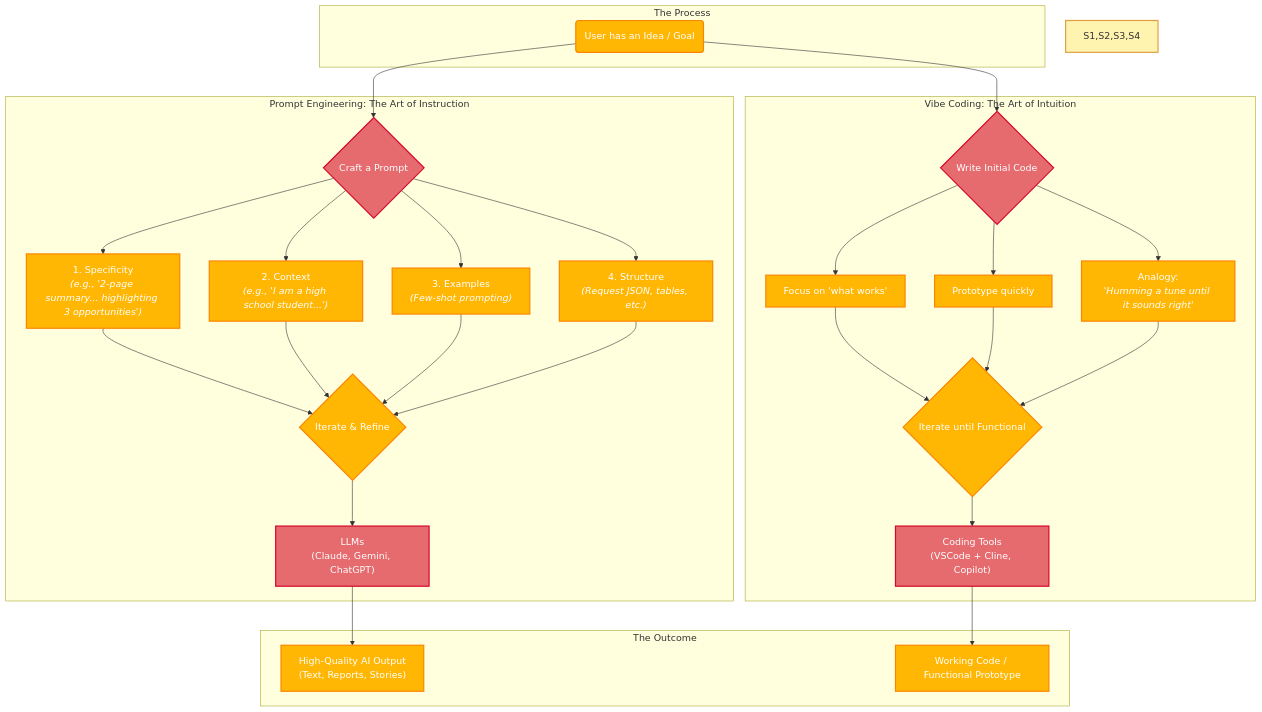
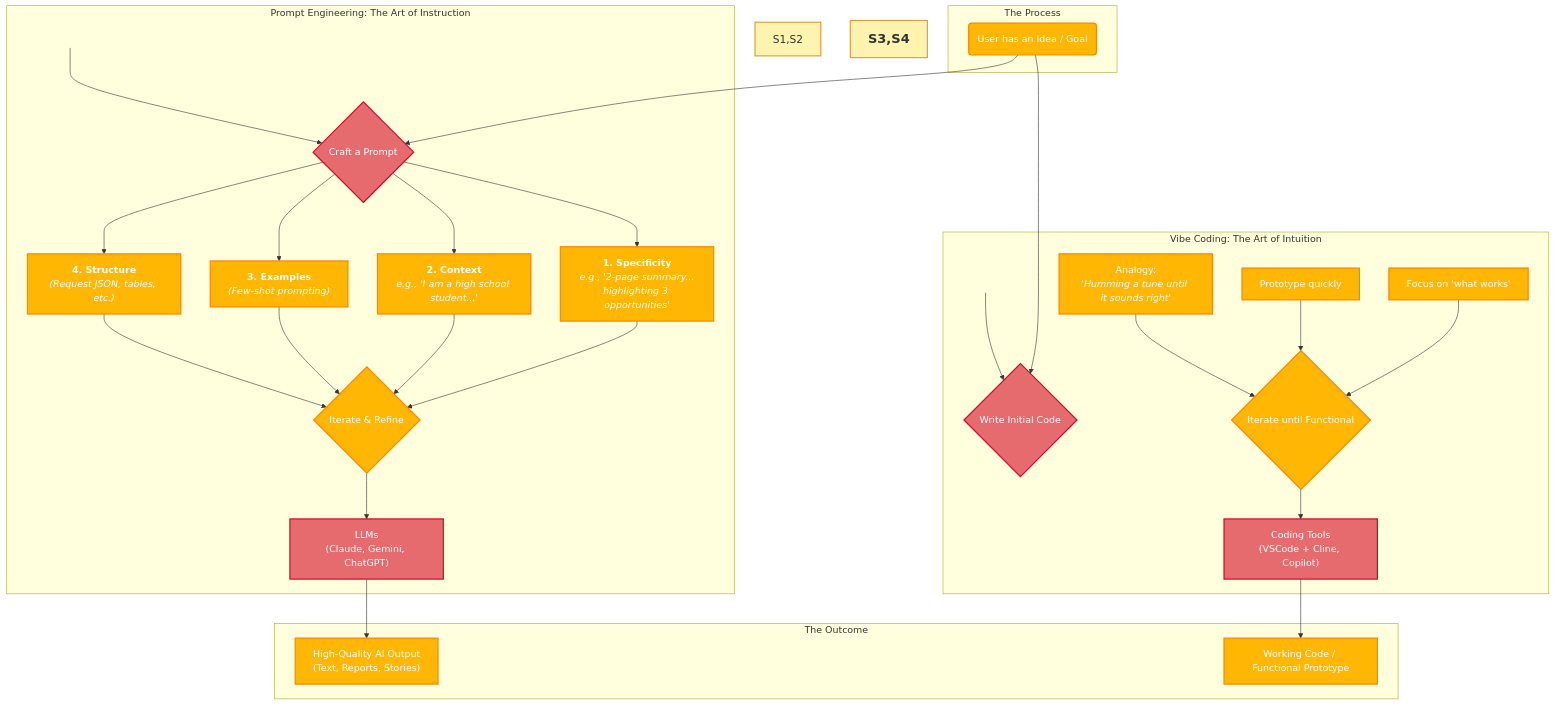
One commit to anvita-kar-git/Anvita-Kar-KEYS-2025 changed the diagram in docs/promptengineering.md. Above: the diagram before and after it, drawn with Mermaid.

````diff
--- a/docs/promptengineering.md
+++ b/docs/promptengineering.md
@@ -28,57 +28,65 @@
 ```mermaid
     graph TD
-    %% --- Style Definitions (Red, Orange, Yellow) ---
+    %% --- Style Definitions ---
+    %% Node Themes
     classDef redTheme fill:#E56B6F,stroke:#D90429,stroke-width:2px,color:#fff
     classDef orangeTheme fill:#FFB703,stroke:#FB8500,stroke-width:2px,color:#fff
-    style S1,S2,S3,S4 fill:#FFF3B0,stroke:#E09F3E,stroke-width:2px
+    
+    %% Invisible Spacer Style
+    classDef invisible fill:transparent,stroke:transparent
+
+    %% Subgraph Styles
+    style S1,S2 fill:#FFF3B0,stroke:#E09F3E,stroke-width:2px,font-size:18px
+    style S3,S4 fill:#FFF3B0,stroke:#E09F3E,stroke-width:2px,font-size:22px,font-weight:bold
 
     %% --- Chart Structure ---
-    A(User has an Idea / Goal)
-
     subgraph S1 ["Prompt Engineering: The Art of Instruction"]
+        %% Invisible spacer to push content down
+        S1_spacer( )
         B{Craft a Prompt}
-        C1["1. Specificity<br/><i>(e.g., '2-page summary... highlighting 3 opportunities')</i>"]
-        C2["2. Context<br/><i>(e.g., 'I am a high school student...')</i>"]
-        C3["3. Examples<br/><i>(Few-shot prompting)</i>"]
-        C4["4. Structure<br/><i>(Request JSON, tables, etc.)</i>"]
+        C1["<b>1. Specificity</b><br/><i>e.g., '2-page summary...<br/>highlighting 3 opportunities'</i>"]
+        C2["<b>2. Context</b><br/><i>e.g., 'I am a high school student...'</i>"]
+        C3["<b>3. Examples</b><br/><i>(Few-shot prompting)</i>"]
+        C4["<b>4. Structure</b><br/><i>(Request JSON, tables, etc.)</i>"]
         D{Iterate & Refine}
-        %% CORRECTED: Added quotes "" around the text because of <br> and ()
         E["LLMs<br/>(Claude, Gemini, ChatGPT)"]
     end
 
     subgraph S2 ["Vibe Coding: The Art of Intuition"]
+        %% Invisible spacer to push content down
+        S2_spacer( )
         F{Write Initial Code}
         G["Focus on 'what works'"]
         H["Prototype quickly"]
         I["Analogy:<br/><i>'Humming a tune until it sounds right'</i>"]
         J{Iterate until Functional}
-        %% CORRECTED: Added quotes "" around the text because of <br> and ()
         K["Coding Tools<br/>(VSCode + Cline, Copilot)"]
     end
 
     subgraph S3 ["The Process"]
-        A --> B
-        B --> C1 & C2 & C3 & C4
-        C1 & C2 & C3 & C4 --> D
-        D --> E
-        
-        A --> F
-        F --> G & H & I
-        G & H & I --> J
-        J --> K
+        %% "User Idea" is now inside this subgraph for centering
+        A(User has an Idea / Goal)
+        A --> B & F
     end
 
     subgraph S4 ["The Outcome"]
-        %% CORRECTED: Added quotes "" around the text because of <br> and ()
         L["High-Quality AI Output<br/>(Text, Reports, Stories)"]
-        %% CORRECTED: Added quotes "" around the text because of the /
         M["Working Code / Functional Prototype"]
     end
 
+    %% --- Flow Logic outside of main process start ---
+    S1_spacer --> B
+    S2_spacer --> F
+    B --> C1 & C2 & C3 & C4
+    C1 & C2 & C3 & C4 --> D
+    D --> E
+    G & H & I --> J
+    J --> K
     E --> L
     K --> M
 
     %% --- Apply Styles ---
     class B,F,E,K redTheme
     class A,C1,C2,C3,C4,G,H,I,D,J,L,M orangeTheme
+    class S1_spacer,S2_spacer invisible
 ```
````
